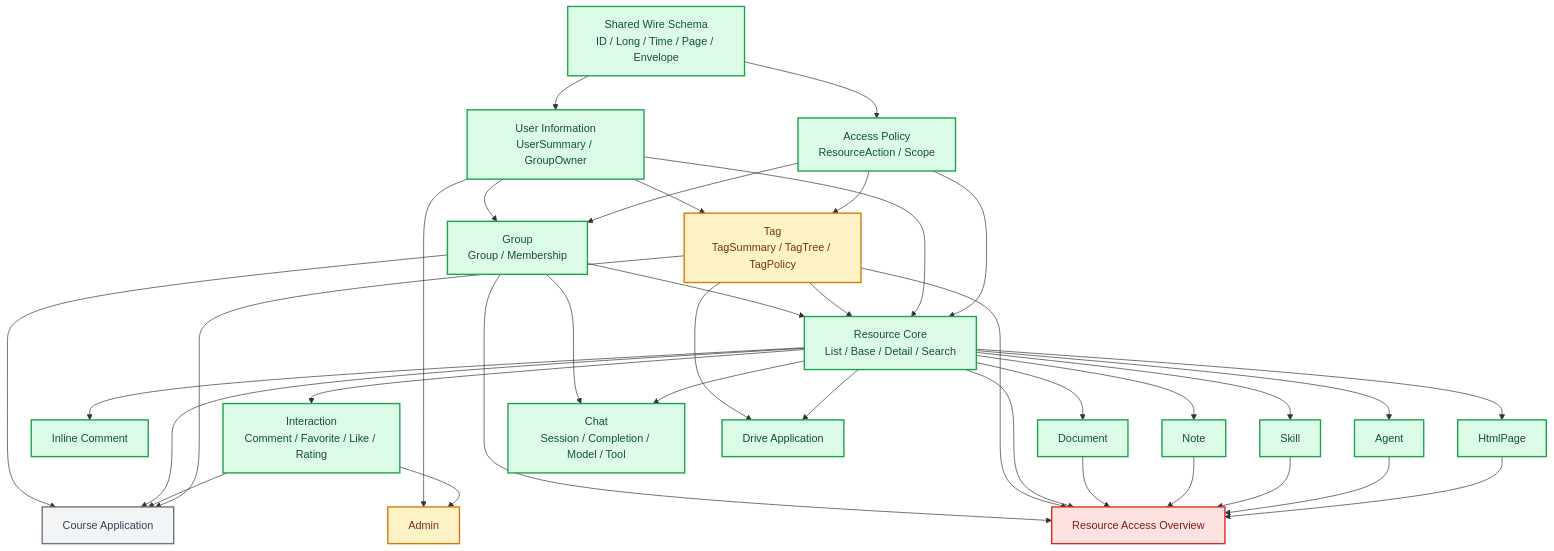
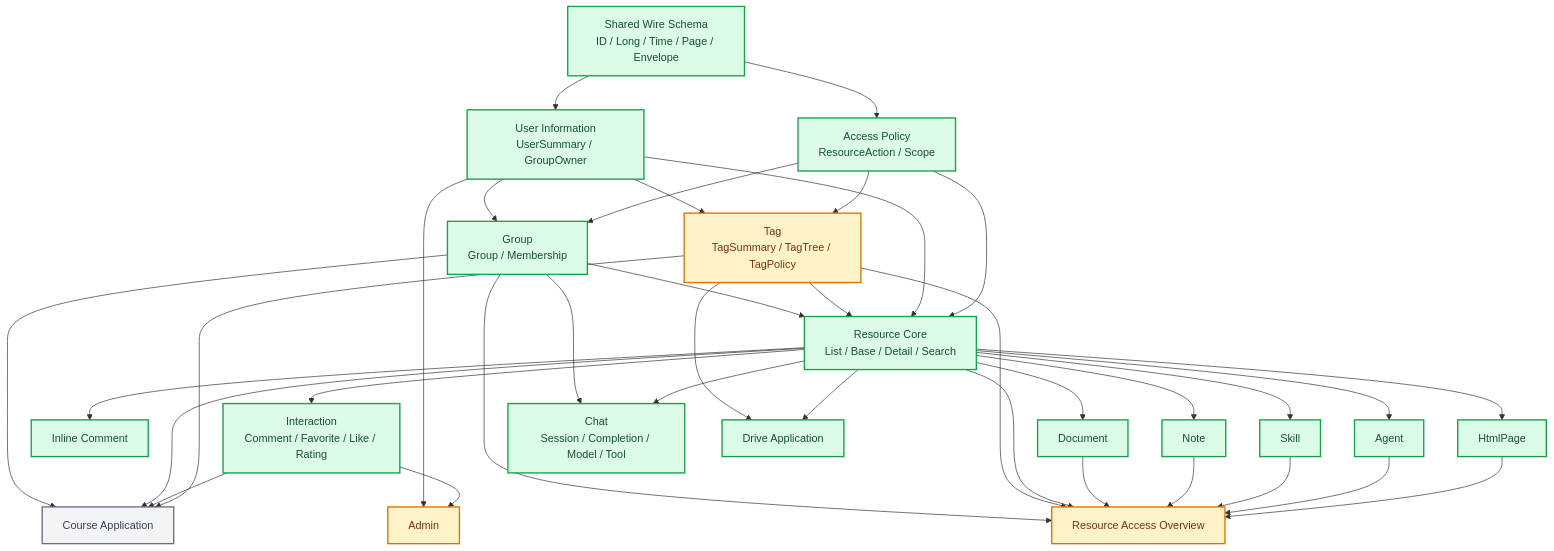
One commit to Oriole-FDU/WisePenView changed the diagram in agent/docs/schema-contract-roadmap.md. Above: the diagram before and after it, drawn with Mermaid. The commit also changed other lines of this file and 55 other files, not shown here.

````diff
--- a/agent/docs/schema-contract-roadmap.md
+++ b/agent/docs/schema-contract-roadmap.md
@@ -38,66 +38,64 @@
 ```mermaid
 flowchart TD
   W[Shared Wire Schema<br/>ID / Long / Time / Page / Envelope]
   A[Access Policy<br/>ResourceAction / Scope]
   U[User Information<br/>UserSummary / GroupOwner]
   G[Group<br/>Group / Membership]
   T[Tag<br/>TagSummary / TagTree / TagPolicy]
   R[Resource Core<br/>List / Base / Detail / Search]
   I[Interaction<br/>Comment / Favorite / Like / Rating]
   C[Inline Comment]
   D[Document]
   N[Note]
   S[Skill]
   AG[Agent]
   H[HtmlPage]
   CH[Chat<br/>Session / Completion / Model / Tool]
   CO[Course Application]
   DR[Drive Application]
   RA[Resource Access Overview]
   AD[Admin]
 
   W --> A
   W --> U
   U --> G
   A --> G
   U --> T
   A --> T
   G --> R
   T --> R
   U --> R
   A --> R
   R --> I
   R --> C
   R --> D
   R --> N
   R --> S
   R --> AG
   R --> H
   G --> CH
   R --> CH
   G --> CO
   R --> CO
   I --> CO
   T --> CO
   T --> DR
   R --> DR
   G --> RA
   T --> RA
   R --> RA
   D --> RA
   N --> RA
   S --> RA
   AG --> RA
   H --> RA
   U --> AD
   I --> AD
 
   classDef completed fill:#dcfce7,stroke:#16a34a,color:#14532d,stroke-width:2px
   classDef partial fill:#fef3c7,stroke:#d97706,color:#78350f,stroke-width:2px
-  classDef blocked fill:#fee2e2,stroke:#dc2626,color:#7f1d1d,stroke-width:2px
   classDef decision fill:#f3f4f6,stroke:#6b7280,color:#374151,stroke-width:2px
   class W,A,U,G,R,I,C,D,N,S,AG,H,CH,DR completed
-  class T,AD partial
-  class RA blocked
+  class T,AD,RA partial
   class CO decision
 ```
````
